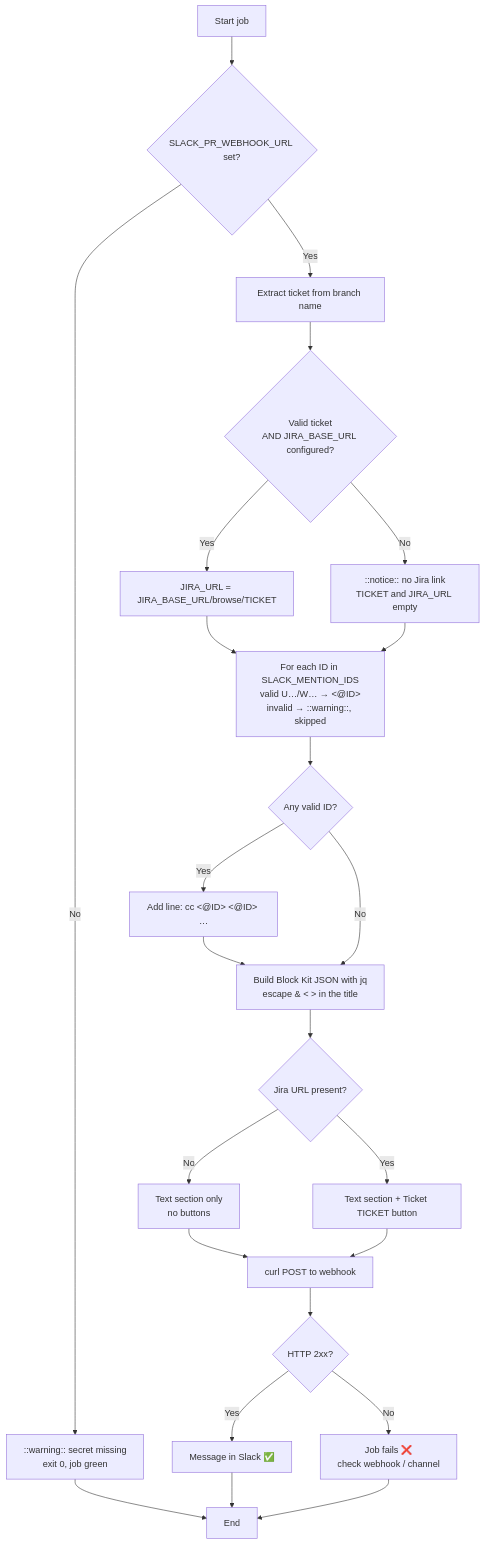
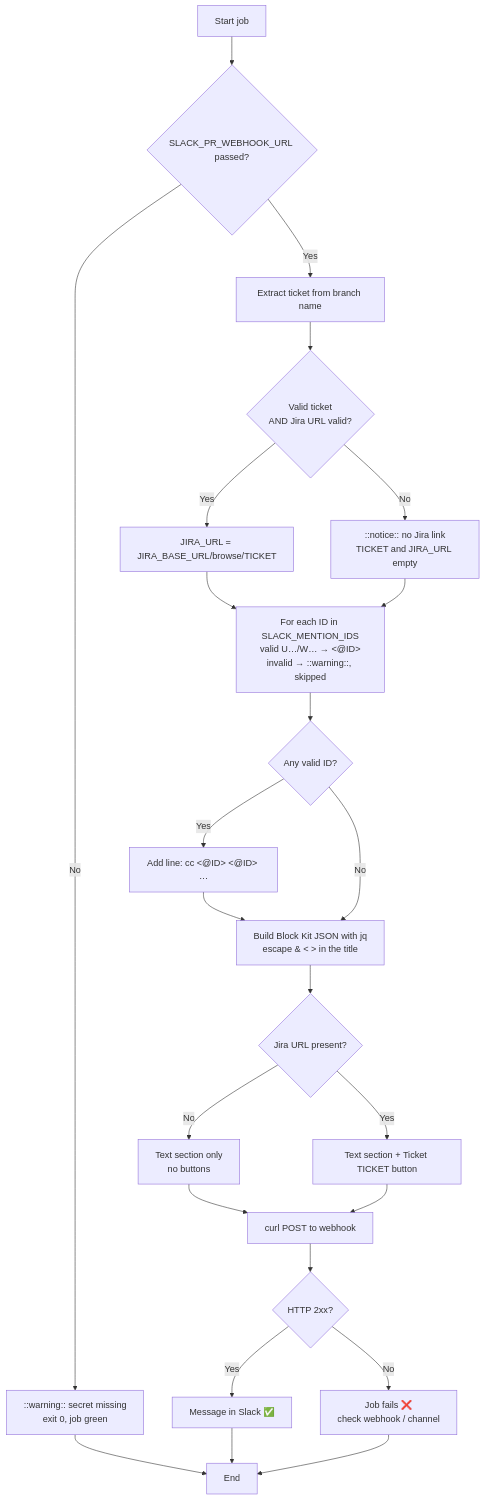
One commit to rubone/shared-workflows changed the second of 2 diagrams in docs/pr-slack-notification.md. Above: the diagram before and after it, drawn with Mermaid. The commit also changed other lines of this file and 2 other files, not shown here.

````diff
--- a/docs/pr-slack-notification.md
+++ b/docs/pr-slack-notification.md
@@ -56,23 +142,23 @@
 ```mermaid
 flowchart TD
-    S[Start job] --> W{SLACK_PR_WEBHOOK_URL set?}
+    S[Start job] --> W{SLACK_PR_WEBHOOK_URL passed?}
     W -- No --> WARN[::warning:: secret missing<br/>exit 0, job green] --> END[End]
     W -- Yes --> T[Extract ticket from branch name]
-    T --> V{Valid ticket<br/>AND JIRA_BASE_URL configured?}
+    T --> V{Valid ticket<br/>AND Jira URL valid?}
     V -- Yes --> L[JIRA_URL = JIRA_BASE_URL/browse/TICKET]
     V -- No --> N[::notice:: no Jira link<br/>TICKET and JIRA_URL empty]
     L --> M
     P[Build Block Kit JSON with jq<br/>escape &amp; &lt; &gt; in the title]
     N --> M[For each ID in SLACK_MENTION_IDS<br/>valid U…/W… → &lt;@ID&gt;<br/>invalid → ::warning::, skipped]
     M --> MQ{Any valid ID?}
     MQ -- Yes --> MC[Add line: cc &lt;@ID&gt; &lt;@ID&gt; …] --> P
     MQ -- No --> P
     P --> B{Jira URL present?}
     B -- Yes --> B2[Text section + Ticket TICKET button]
     B -- No --> B1[Text section only<br/>no buttons]
     B1 --> POST[curl POST to webhook]
     B2 --> POST
     POST --> R{HTTP 2xx?}
     R -- Yes --> OK[Message in Slack ✅] --> END
     R -- No --> FAIL[Job fails ❌<br/>check webhook / channel] --> END
 ```
````
